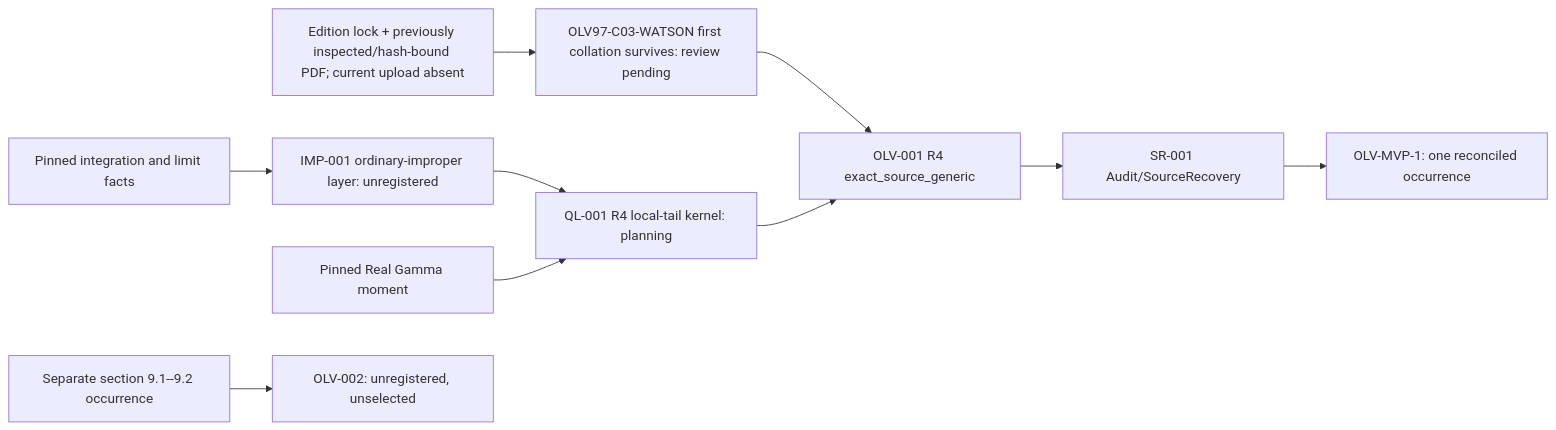
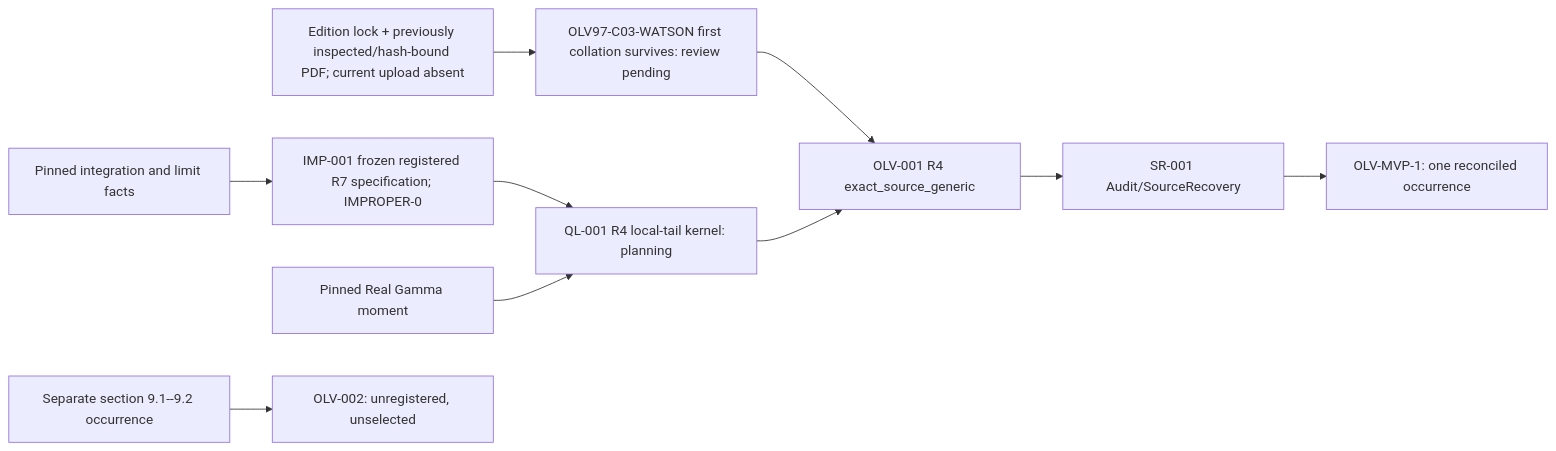
Before and after one commit to jaumededios/LMLF: the third of 3 diagrams in blueprint/dependency_graph.md, drawn with Mermaid. The commit also changed other lines of this file and 6 other files, not shown here.

````diff
--- a/blueprint/dependency_graph.md
+++ b/blueprint/dependency_graph.md
@@ -124,12 +133,12 @@
 ```mermaid
 flowchart LR
   LOCK["Edition lock + previously inspected/hash-bound PDF; current upload absent"] --> COL["OLV97-C03-WATSON first collation survives: review pending"]
-  PIN["Pinned integration and limit facts"] --> IMP["IMP-001 ordinary-improper layer: unregistered"]
+  PIN["Pinned integration and limit facts"] --> IMP["IMP-001 frozen registered R7 specification; IMPROPER-0"]
   IMP --> QL["QL-001 R4 local-tail kernel: planning"]
   MOM["Pinned Real Gamma moment"] --> QL
   COL --> OLV["OLV-001 R4 exact_source_generic"]
   QL --> OLV
   OLV --> SR["SR-001 Audit/SourceRecovery"]
   SR --> MVP["OLV-MVP-1: one reconciled occurrence"]
   BOUNDS["Separate section 9.1--9.2 occurrence"] --> OLV2["OLV-002: unregistered, unselected"]
 ```
````
